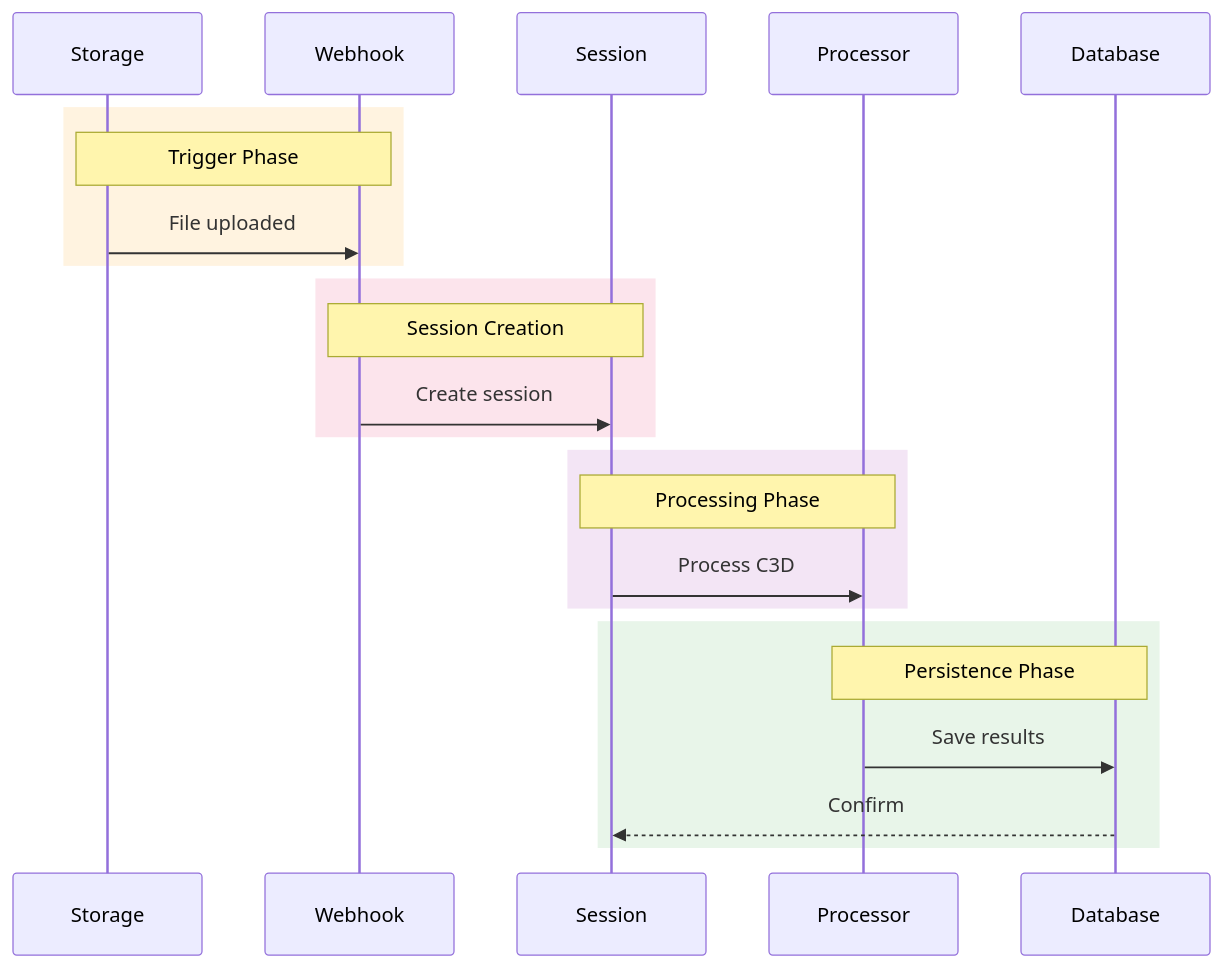
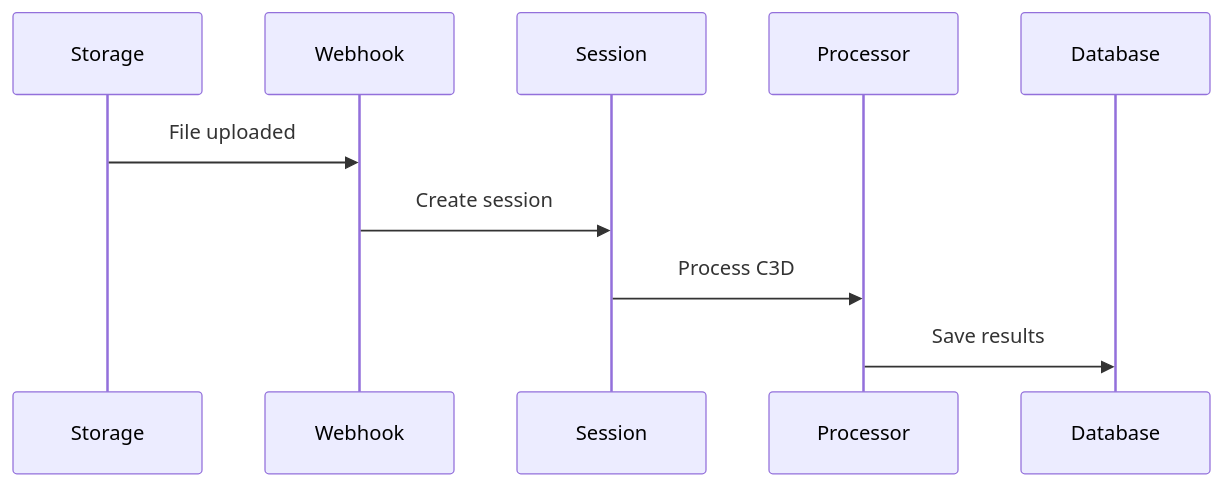
Before and after one commit to ggustin93/emg-c3d-analyzer: the third of 3 diagrams in docusaurus/docs/architecture/overview.md, drawn with Mermaid. The commit also changed other lines of this file and 3 other files, not shown here.

````diff
--- a/docusaurus/docs/architecture/overview.md
+++ b/docusaurus/docs/architecture/overview.md
@@ -269,29 +106,13 @@
 ```mermaid
 sequenceDiagram
     participant Storage
     participant Webhook
     participant Session
     participant Processor
     participant Database
     
-    rect rgb(255, 243, 224)
-        Note over Storage,Webhook: Trigger Phase
-        Storage->>Webhook: File uploaded
-    end
-    
-    rect rgb(252, 228, 236)
-        Note over Webhook,Session: Session Creation
-        Webhook->>Session: Create session
-    end
-    
-    rect rgb(243, 229, 245)
-        Note over Session,Processor: Processing Phase
-        Session->>Processor: Process C3D
-    end
-    
-    rect rgb(232, 245, 233)
-        Note over Processor,Database: Persistence Phase
-        Processor->>Database: Save results
-        Database-->>Session: Confirm
-    end
+    Storage->>Webhook: File uploaded
+    Webhook->>Session: Create session
+    Session->>Processor: Process C3D
+    Processor->>Database: Save results
 ```
````
